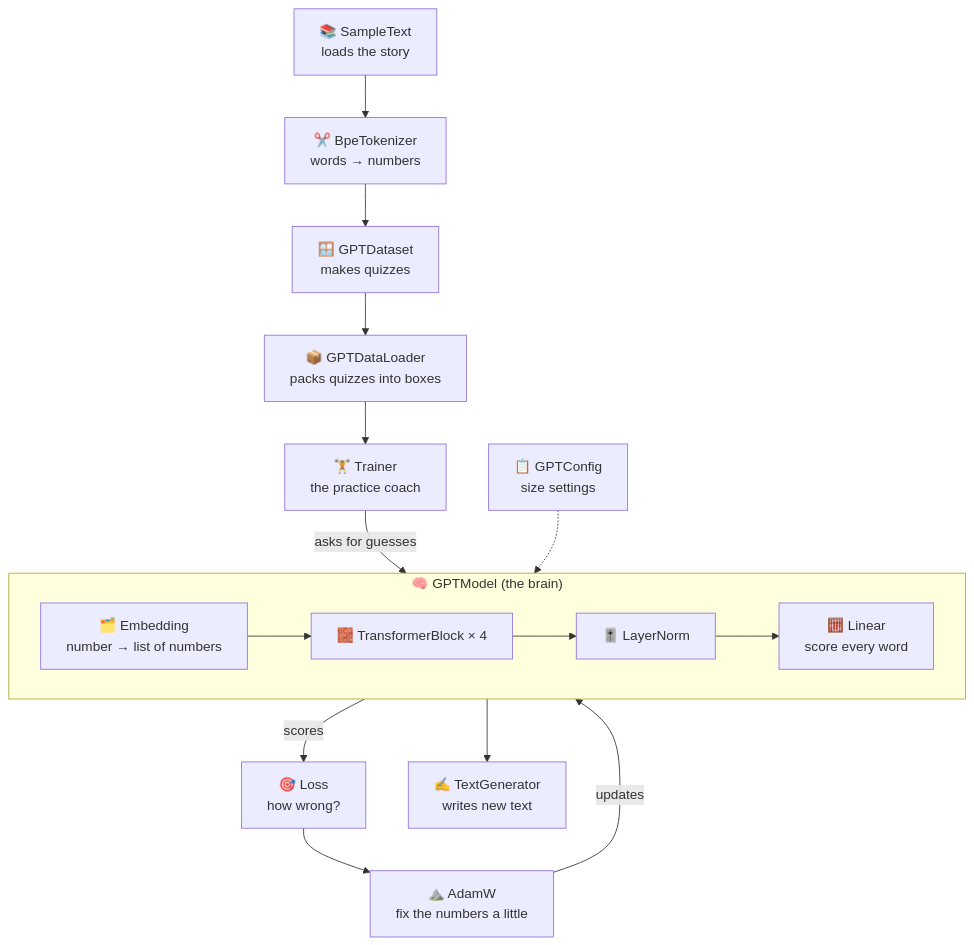
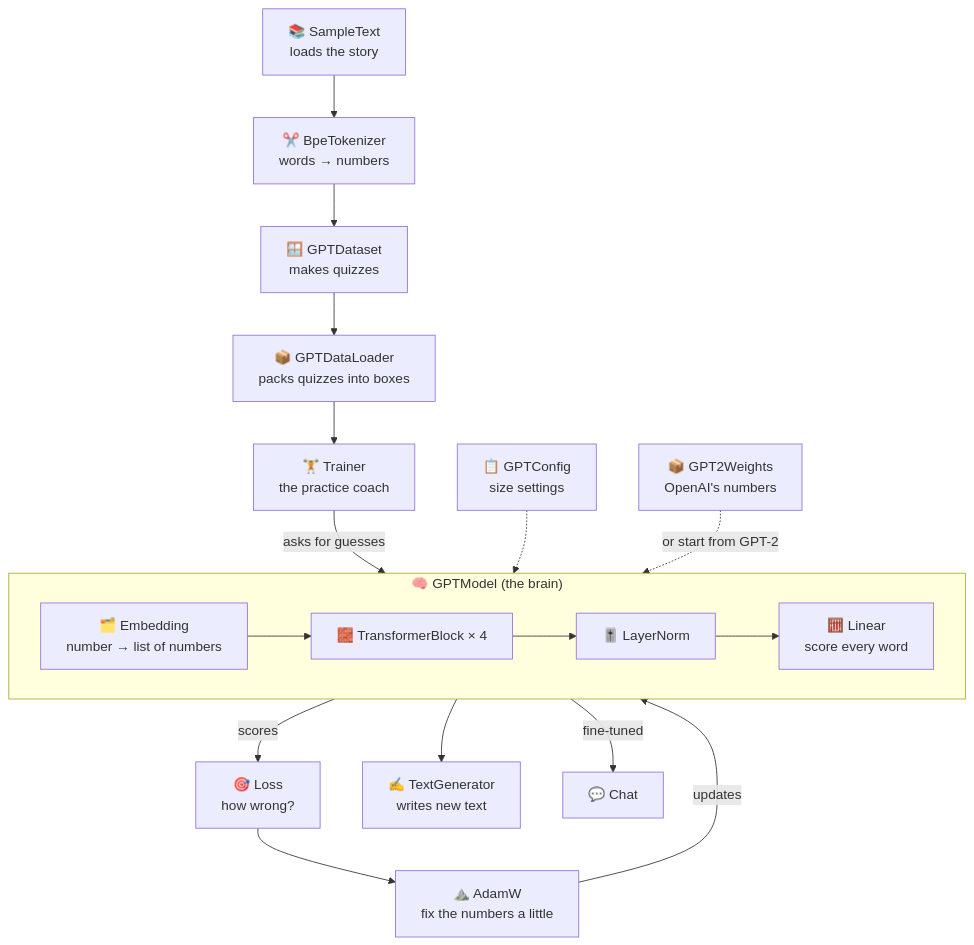
The first of 3 diagrams in docs/classes/README.md (Ranjeet0611/tinygpt), drawn with Mermaid before and after one commit. The commit also changed other lines of this file and 40 other files, not shown here.

````diff
--- a/docs/classes/README.md
+++ b/docs/classes/README.md
@@ -23,20 +23,22 @@
 ```mermaid
 flowchart TD
     ST["📚 SampleText<br/>loads the story"] --> TK["✂️ BpeTokenizer<br/>words → numbers"]
     TK --> DS["🪟 GPTDataset<br/>makes quizzes"]
     DS --> DL["📦 GPTDataLoader<br/>packs quizzes into boxes"]
     DL --> TR["🏋️ Trainer<br/>the practice coach"]
 
     subgraph BRAIN["🧠 GPTModel (the brain)"]
         EM["🗂️ Embedding<br/>number → list of numbers"] --> TB["🧱 TransformerBlock × 4"]
         TB --> LNF["🎚️ LayerNorm"] --> LIN["🧮 Linear<br/>score every word"]
     end
 
     TR -->|"asks for guesses"| BRAIN
     BRAIN -->|"scores"| LS["🎯 Loss<br/>how wrong?"]
     LS --> AD["⛰️ AdamW<br/>fix the numbers a little"]
     AD -->|"updates"| BRAIN
 
     BRAIN --> TG["✍️ TextGenerator<br/>writes new text"]
     CFG["📋 GPTConfig<br/>size settings"] -.-> BRAIN
+    GW["📦 GPT2Weights<br/>OpenAI's numbers"] -.->|"or start from GPT-2"| BRAIN
+    BRAIN -->|"fine-tuned"| CH["💬 Chat"]
 ```
````
